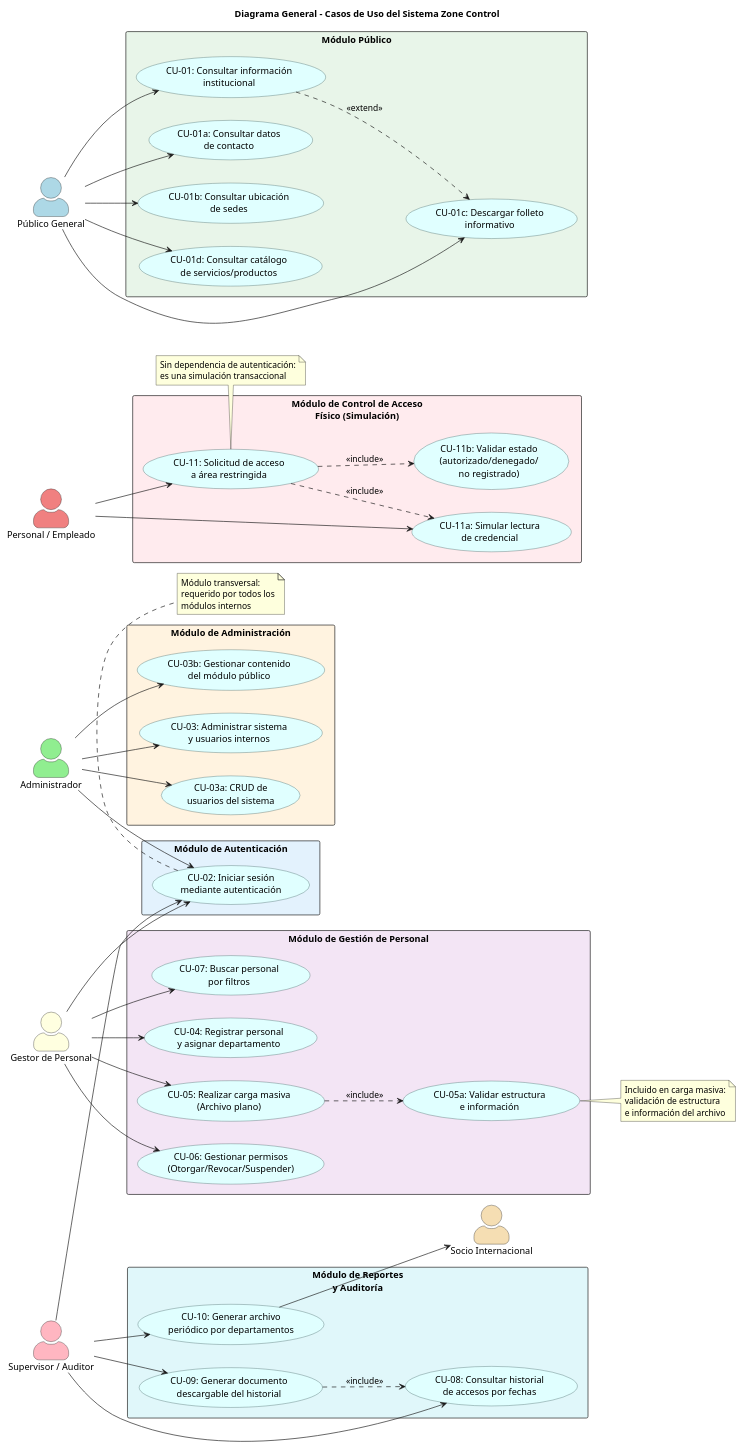
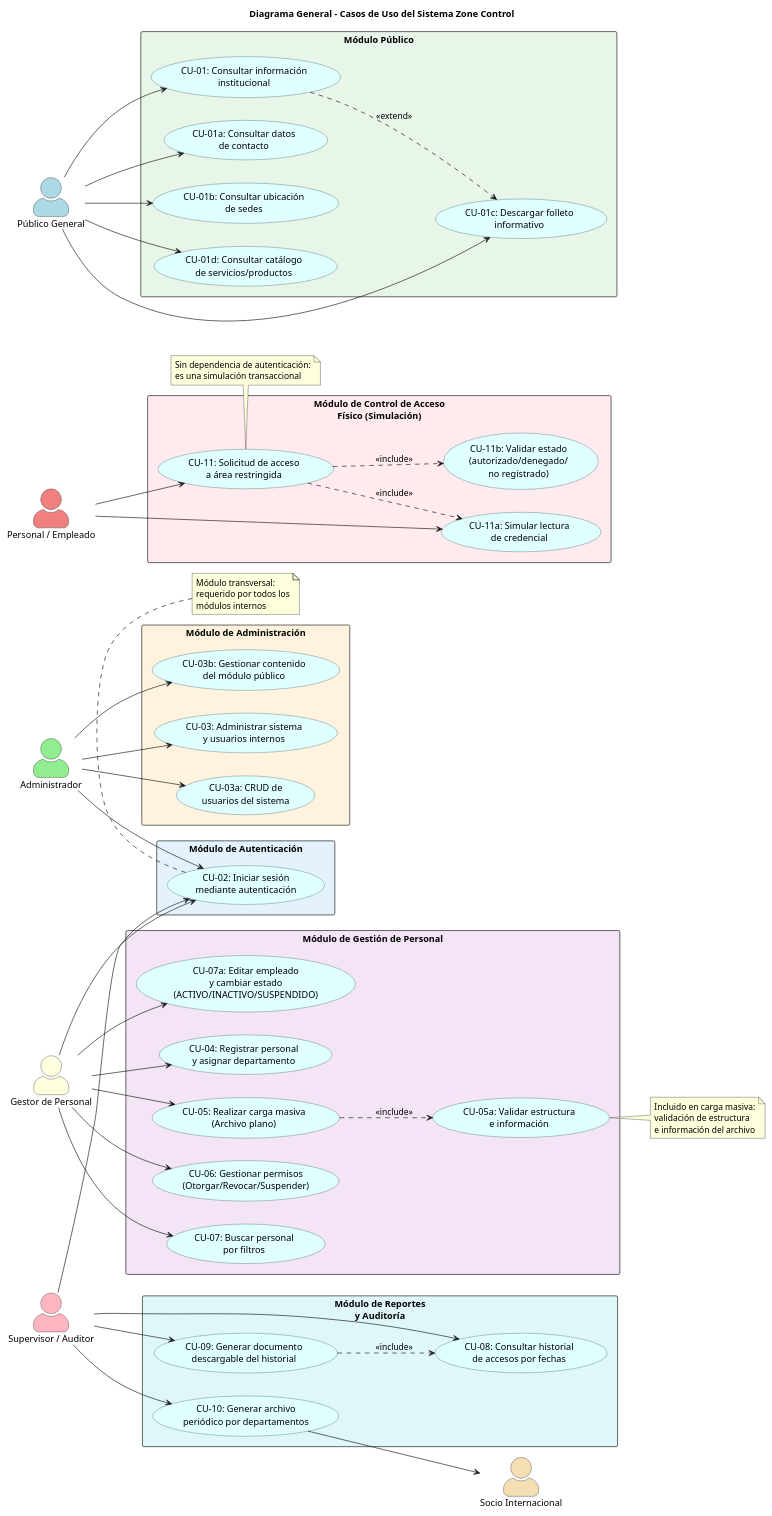
Before and after one commit to ElianMMCode/Zone-Control: the diagram in docs/diagramas/casos_uso/00_diagrama_general.puml, drawn with PlantUML. The commit also changed 22 other files, not shown here.

```diff
--- a/docs/diagramas/casos_uso/00_diagrama_general.puml
+++ b/docs/diagramas/casos_uso/00_diagrama_general.puml
@@ -1,153 +1,155 @@
 @startuml
 title Diagrama General - Casos de Uso del Sistema Zone Control
 skinparam usecase {
   BackgroundColor LightCyan
   BorderColor DarkSlateGray
 }
 skinparam actorStyle awesome
 skinparam packageStyle rectangle
 left to right direction
 
 ' =============================================
 ' ACTORES
 ' =============================================
 
 actor "Público General" as Publico #LightBlue
 actor "Administrador" as Admin #LightGreen
 actor "Gestor de Personal" as Gestor #LightYellow
 actor "Supervisor / Auditor" as Supervisor #LightPink
 actor "Personal / Empleado" as Empleado #LightCoral
 actor "Socio Internacional" as Socio #Wheat
 
 ' =============================================
 ' MÓDULO PÚBLICO
 ' =============================================
 
 package "Módulo Público" #E8F5E9 {
   usecase "CU-01: Consultar información\ninstitucional" as UC01
   usecase "CU-01a: Consultar datos\nde contacto" as UC01a
   usecase "CU-01b: Consultar ubicación\nde sedes" as UC01b
   usecase "CU-01c: Descargar folleto\ninformativo" as UC01c
   usecase "CU-01d: Consultar catálogo\nde servicios/productos" as UC01d
 
   UC01 ..> UC01c : <<extend>>
 }
 
 ' =============================================
 ' MÓDULO DE AUTENTICACIÓN
 ' =============================================
 
 package "Módulo de Autenticación" #E3F2FD {
   usecase "CU-02: Iniciar sesión\nmediante autenticación" as UC02
 }
 
 ' =============================================
 ' MÓDULO DE ADMINISTRACIÓN
 ' =============================================
 
 package "Módulo de Administración" #FFF3E0 {
   usecase "CU-03: Administrar sistema\ny usuarios internos" as UC03
   usecase "CU-03a: CRUD de\nusuarios del sistema" as UC03a
   usecase "CU-03b: Gestionar contenido\ndel módulo público" as UC03b
 }
 
 ' =============================================
 ' MÓDULO DE GESTIÓN DE PERSONAL
 ' =============================================
 
 package "Módulo de Gestión de Personal" #F3E5F5 {
   usecase "CU-04: Registrar personal\ny asignar departamento" as UC04
   usecase "CU-05: Realizar carga masiva\n(Archivo plano)" as UC05
   usecase "CU-06: Gestionar permisos\n(Otorgar/Revocar/Suspender)" as UC06
   usecase "CU-07: Buscar personal\npor filtros" as UC07
+  usecase "CU-07a: Editar empleado\ny cambiar estado\n(ACTIVO/INACTIVO/SUSPENDIDO)" as UC07a
   usecase "CU-05a: Validar estructura\ne información" as UC05a
 }
 
 ' =============================================
 ' MÓDULO DE CONTROL DE ACCESO
 ' =============================================
 
 package "Módulo de Control de Acceso\nFísico (Simulación)" #FFEBEE {
   usecase "CU-11: Solicitud de acceso\na área restringida" as UC11
   usecase "CU-11a: Simular lectura\nde credencial" as UC11a
   usecase "CU-11b: Validar estado\n(autorizado/denegado/\nno registrado)" as UC11b
 }
 
 ' =============================================
 ' MÓDULO DE REPORTES Y AUDITORÍA
 ' =============================================
 
 package "Módulo de Reportes\ny Auditoría" #E0F7FA {
   usecase "CU-08: Consultar historial\nde accesos por fechas" as UC08
   usecase "CU-09: Generar documento\ndescargable del historial" as UC09
   usecase "CU-10: Generar archivo\nperiódico por departamentos" as UC10
 }
 
 ' =============================================
 ' RELACIONES ACTORES → CASOS DE USO
 ' =============================================
 
 ' Público General
 Publico --> UC01
 Publico --> UC01a
 Publico --> UC01b
 Publico --> UC01c
 Publico --> UC01d
 
 ' Administrador
 Admin --> UC02
 Admin --> UC03
 Admin --> UC03a
 Admin --> UC03b
 
 ' Gestor de Personal
 Gestor --> UC02
 Gestor --> UC04
 Gestor --> UC05
 Gestor --> UC06
 Gestor --> UC07
+Gestor --> UC07a
 
 ' Supervisor / Auditor
 Supervisor --> UC02
 Supervisor --> UC08
 Supervisor --> UC09
 Supervisor --> UC10
 
 ' Personal / Empleado
 Empleado --> UC11
 Empleado --> UC11a
 
 ' Socio Internacional (recibe archivo)
 UC10 --> Socio
 
 ' =============================================
 ' RELACIONES ENTRE CASOS DE USO
 ' =============================================
 
 UC05 ..> UC05a : <<include>>
 UC11 ..> UC11a : <<include>>
 UC11 ..> UC11b : <<include>>
 UC09 ..> UC08 : <<include>>
 
 ' =============================================
 ' NOTAS
 ' =============================================
 
 note bottom of UC02
   Módulo transversal:
   requerido por todos los
   módulos internos
 end note
 
 note bottom of UC11
   Sin dependencia de autenticación:
   es una simulación transaccional
 end note
 
 note right of UC05a
   Incluido en carga masiva:
   validación de estructura
   e información del archivo
 end note
 
 @enduml
```
